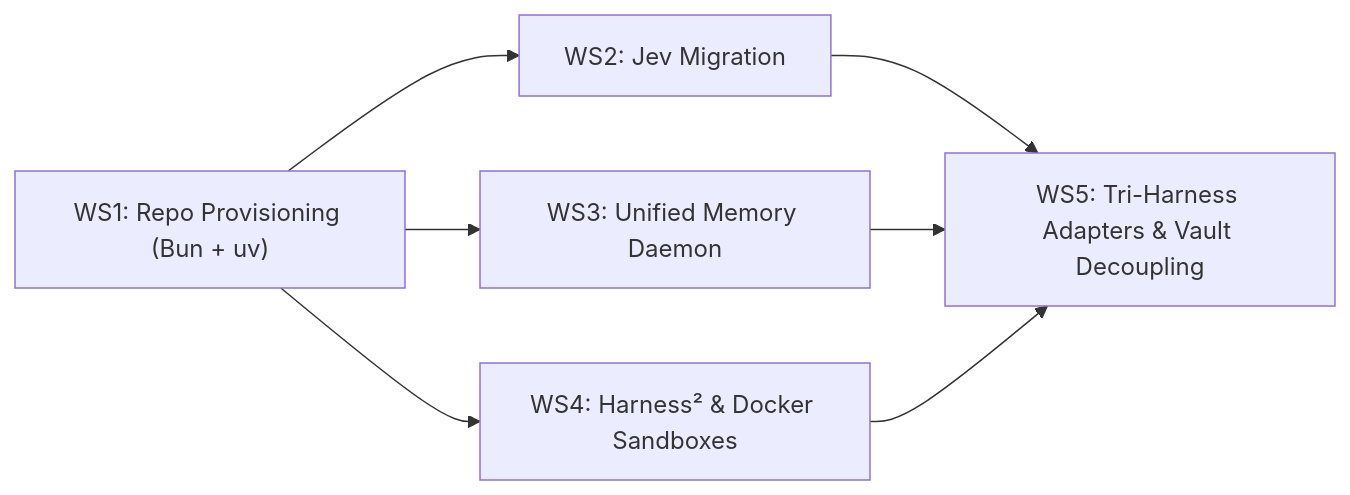
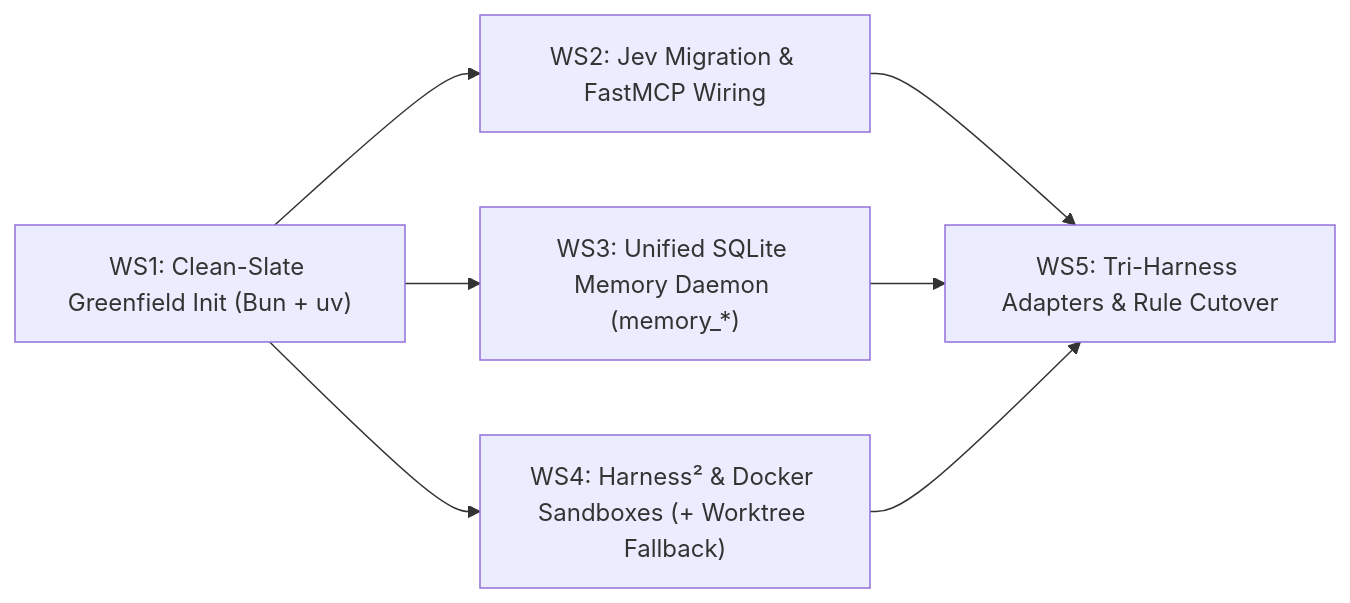
The second of 2 diagrams in docs/rfc/001-harness2-jev-unified-cognitive-substrate.md (rockad/agentic-hub), drawn with Mermaid before and after one commit. The commit also changed other lines of this file, not shown here.

Commit message:
docs(rfc): record 8 clarified decisions into unified RFC and implementation plan

````diff
--- a/docs/rfc/001-harness2-jev-unified-cognitive-substrate.md
+++ b/docs/rfc/001-harness2-jev-unified-cognitive-substrate.md
@@ -173,7 +181,7 @@
 ```mermaid
 flowchart LR
-    WS1["WS1: Repo Provisioning (Bun + uv)"] --> WS2["WS2: Jev Migration"]
-    WS1 --> WS3["WS3: Unified Memory Daemon"]
-    WS1 --> WS4["WS4: Harness² & Docker Sandboxes"]
-    WS2 & WS3 & WS4 --> WS5["WS5: Tri-Harness Adapters & Vault Decoupling"]
+    WS1["WS1: Clean-Slate Greenfield Init (Bun + uv)"] --> WS2["WS2: Jev Migration & FastMCP Wiring"]
+    WS1 --> WS3["WS3: Unified SQLite Memory Daemon (memory_*)"]
+    WS1 --> WS4["WS4: Harness² & Docker Sandboxes (+ Worktree Fallback)"]
+    WS2 & WS3 & WS4 --> WS5["WS5: Tri-Harness Adapters & Rule Cutover"]
 ```
````
